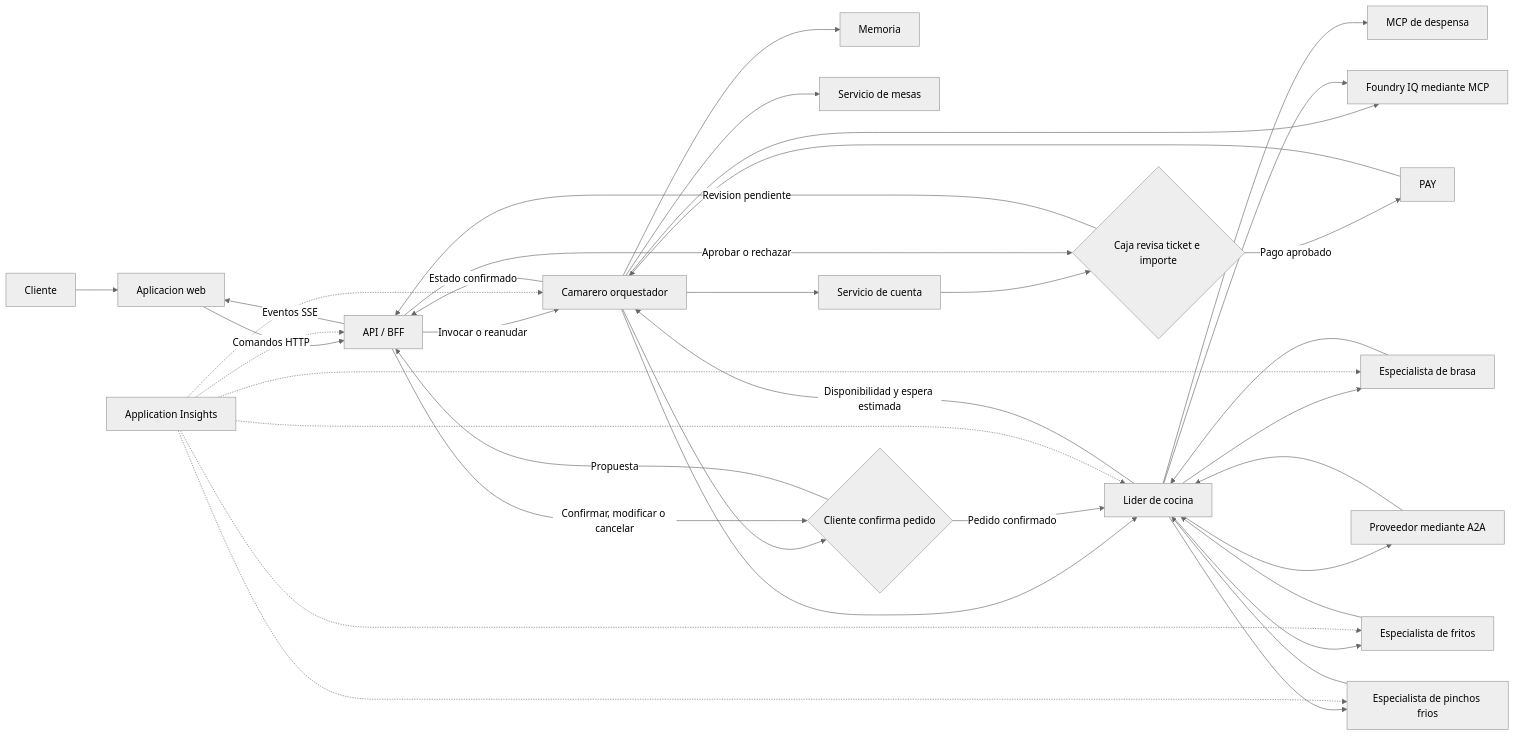
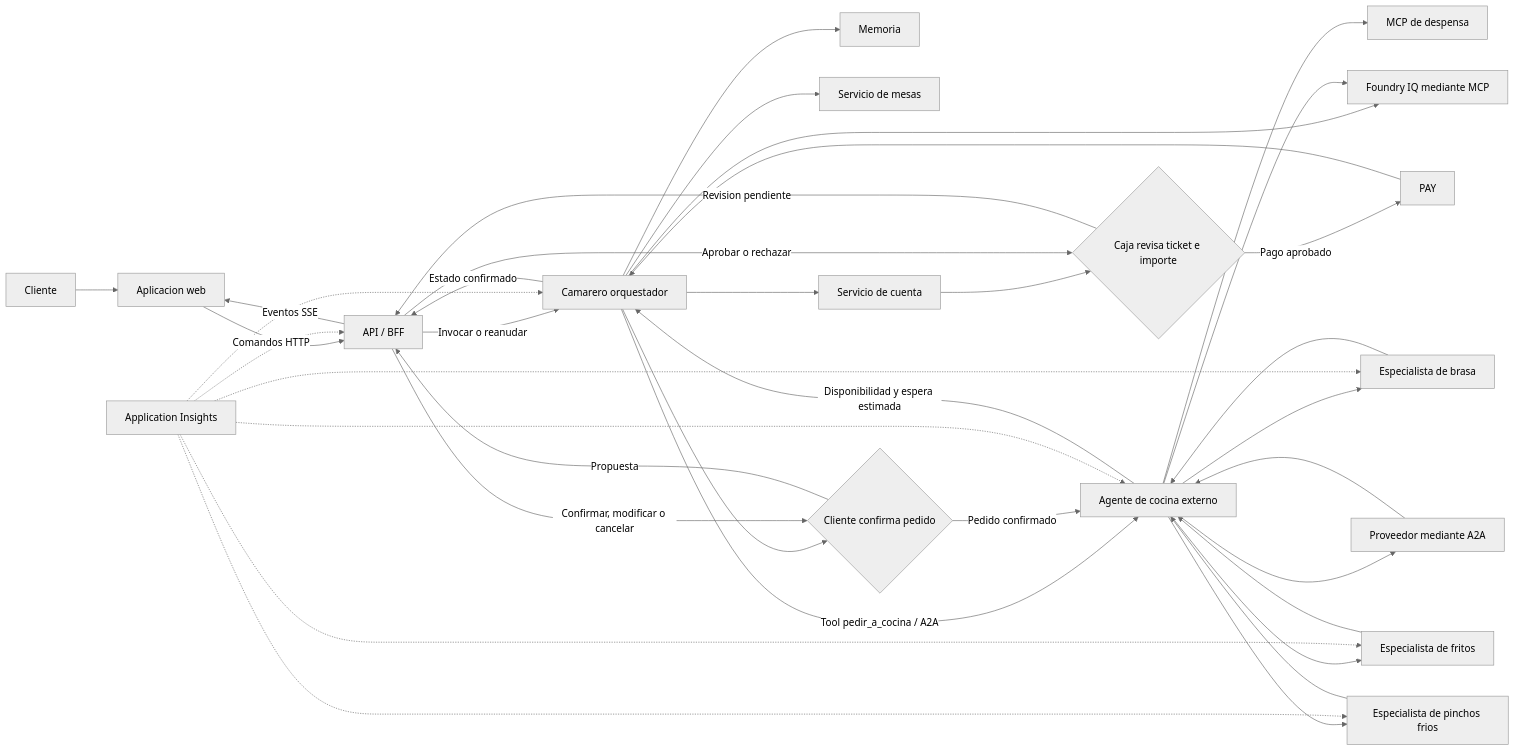
Before and after one commit to dsanchor/morcillaconf: the diagram in SPECS.md, drawn with Mermaid (neutral theme). The commit also changed other lines of this file and 48 other files, not shown here.

````diff
--- a/SPECS.md
+++ b/SPECS.md
@@ -402,43 +423,43 @@
 ```mermaid
 flowchart LR
     U[Cliente] --> UI[Aplicacion web]
     UI -->|Comandos HTTP| BFF[API / BFF]
     BFF -->|Invocar o reanudar| W[Camarero orquestador]
     W -->|Estado confirmado| BFF
     BFF -->|Eventos SSE| UI
 
     W --> MEM[Memoria]
     W --> MENU[Foundry IQ mediante MCP]
     W --> TABLES[Servicio de mesas]
-    W --> CHEF[Lider de cocina]
+    W -->|Tool pedir_a_cocina / A2A| CHEF[Agente de cocina externo]
     W --> BILL[Servicio de cuenta]
 
     CHEF --> PANTRY[MCP de despensa]
     CHEF --> GRILL[Especialista de brasa]
     CHEF --> FRY[Especialista de fritos]
     CHEF --> COLD[Especialista de pinchos frios]
     CHEF --> SUPPLIER[Proveedor mediante A2A]
     CHEF --> MENU
     W --> ORDER_DECISION{Cliente confirma pedido}
 
     GRILL --> CHEF
     FRY --> CHEF
     COLD --> CHEF
     SUPPLIER --> CHEF
     ORDER_DECISION -->|Propuesta| BFF
     BFF -->|Confirmar, modificar o cancelar| ORDER_DECISION
     ORDER_DECISION -->|Pedido confirmado| CHEF
     CHEF -->|Disponibilidad y espera estimada| W
     BILL --> PAYMENT_HITL{Caja revisa ticket e importe}
     PAYMENT_HITL -->|Revision pendiente| BFF
     BFF -->|Aprobar o rechazar| PAYMENT_HITL
     PAYMENT_HITL -->|Pago aprobado| PAY
     PAY --> W
 
     OBS[Application Insights] -.-> BFF
     OBS -.-> W
     OBS -.-> CHEF
     OBS -.-> GRILL
     OBS -.-> FRY
     OBS -.-> COLD
 ```
````
